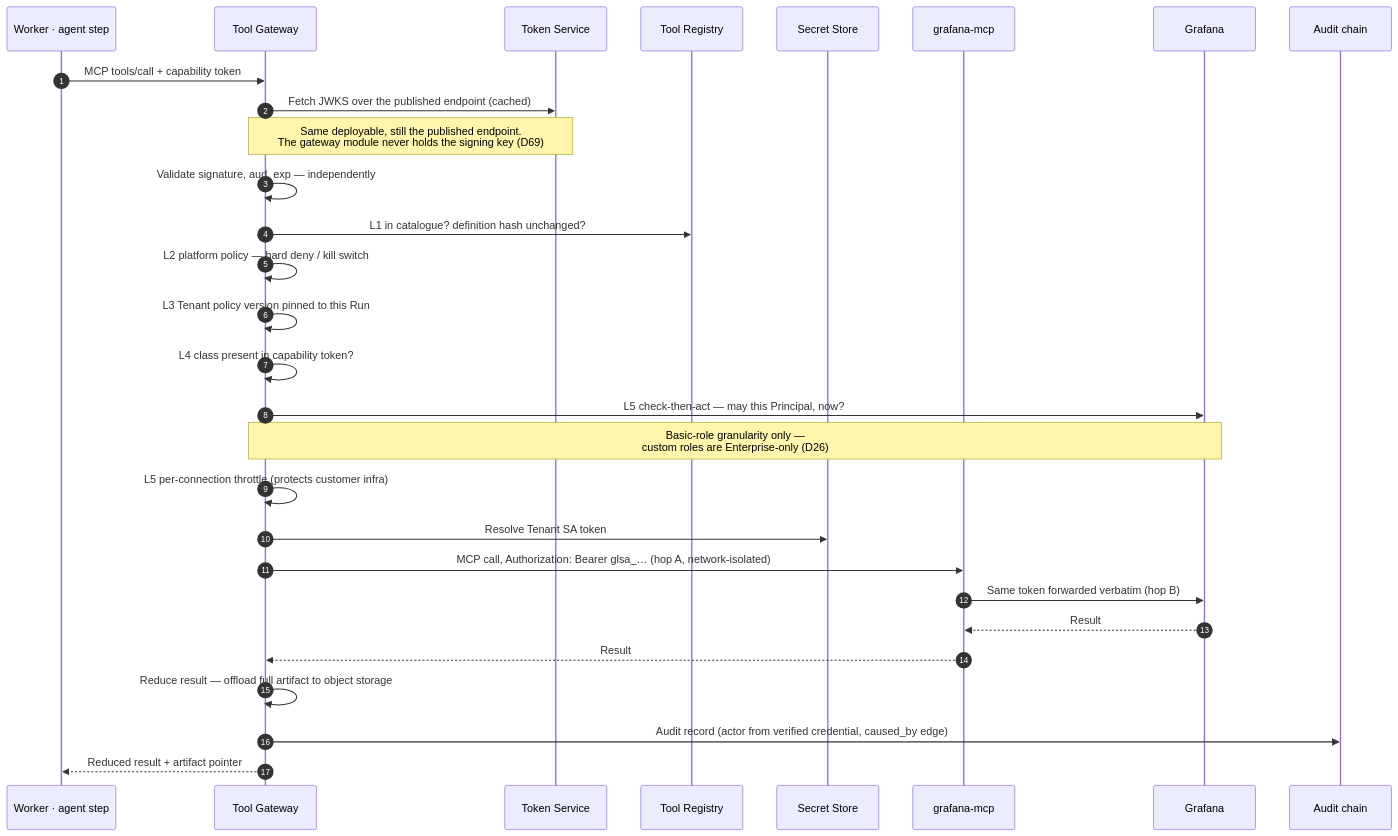
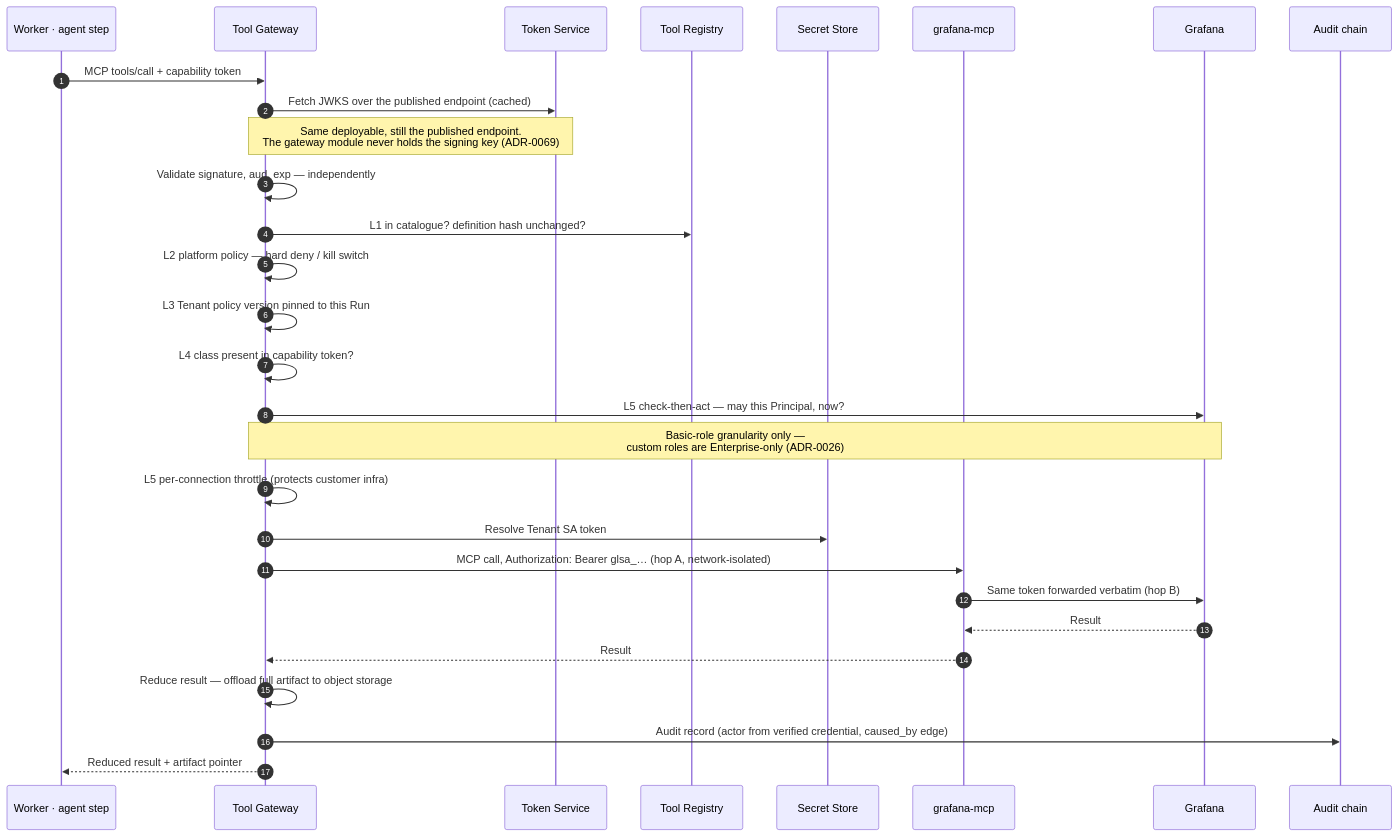
Before and after one commit to vikshana/graft-agent-harness: the third of 8 diagrams in docs/diagrams/c4-l2-containers.md, drawn with Mermaid. The commit also changed other lines of this file and 120 other files, not shown here.

````diff
--- a/docs/diagrams/c4-l2-containers.md
+++ b/docs/diagrams/c4-l2-containers.md
@@ -331,32 +331,32 @@
 ```mermaid
 sequenceDiagram
     autonumber
     participant W as Worker · agent step
     participant GW as Tool Gateway
     participant TS as Token Service
     participant REG as Tool Registry
     participant V as Secret Store
     participant M as grafana-mcp
     participant G as Grafana
     participant PG as Audit chain
 
     W->>GW: MCP tools/call + capability token
     GW->>TS: Fetch JWKS over the published endpoint (cached)
-    Note over GW,TS: Same deployable, still the published endpoint.<br/>The gateway module never holds the signing key (D69)
+    Note over GW,TS: Same deployable, still the published endpoint.<br/>The gateway module never holds the signing key (ADR-0069)
     GW->>GW: Validate signature, aud, exp — independently
     GW->>REG: L1 in catalogue? definition hash unchanged?
     GW->>GW: L2 platform policy — hard deny / kill switch
     GW->>GW: L3 Tenant policy version pinned to this Run
     GW->>GW: L4 class present in capability token?
     GW->>G: L5 check-then-act — may this Principal, now?
-    Note over GW,G: Basic-role granularity only —<br/>custom roles are Enterprise-only (D26)
+    Note over GW,G: Basic-role granularity only —<br/>custom roles are Enterprise-only (ADR-0026)
     GW->>GW: L5 per-connection throttle (protects customer infra)
     GW->>V: Resolve Tenant SA token
     GW->>M: MCP call, Authorization: Bearer glsa_… (hop A, network-isolated)
     M->>G: Same token forwarded verbatim (hop B)
     G-->>M: Result
     M-->>GW: Result
     GW->>GW: Reduce result — offload full artifact to object storage
     GW->>PG: Audit record (actor from verified credential, caused_by edge)
     GW-->>W: Reduced result + artifact pointer
 ```
````
